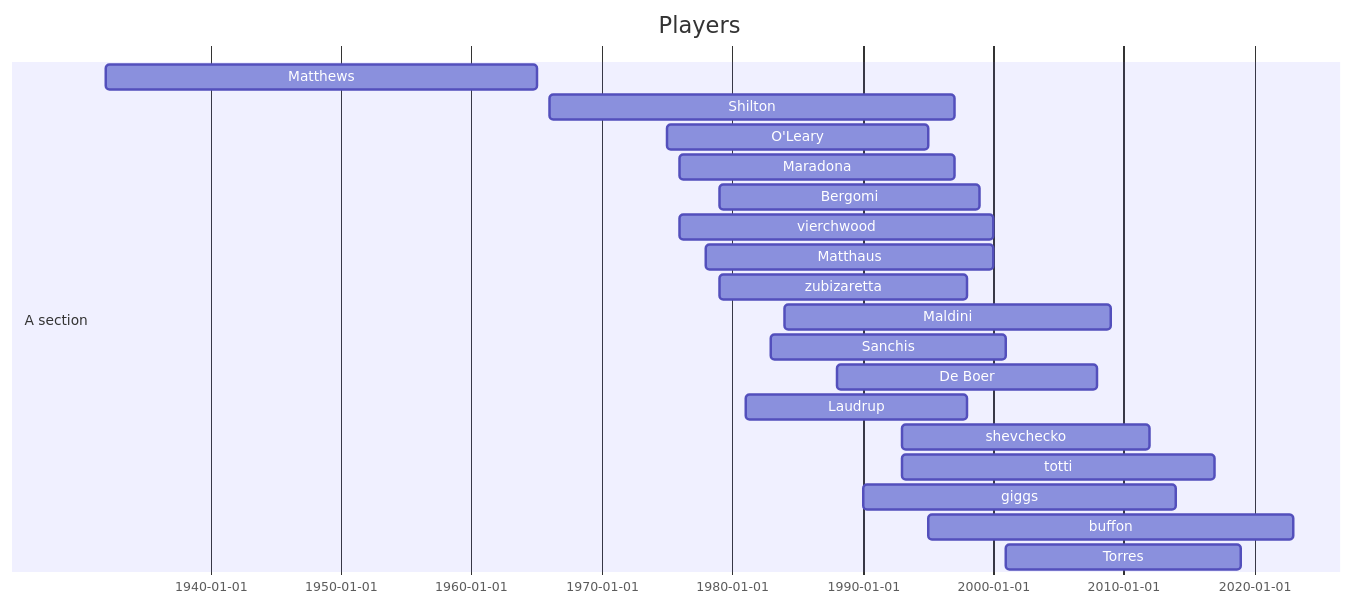
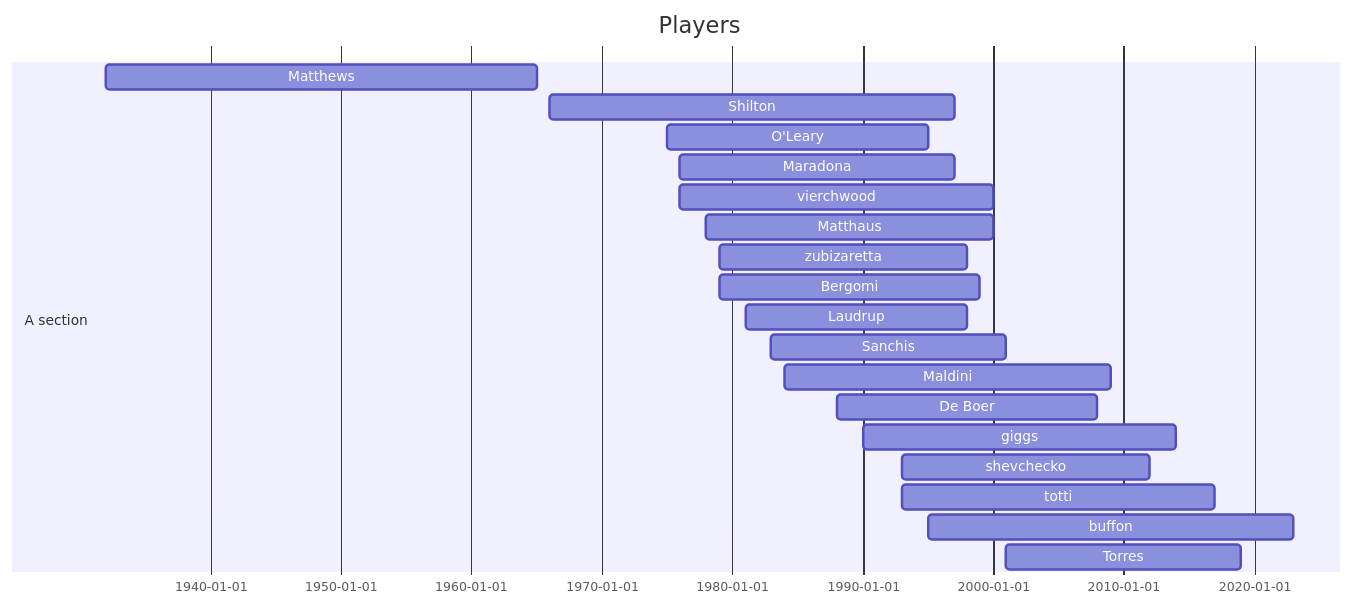
One commit to sarnobat/mermaid changed the first of 6 diagrams in README.md. Above: the diagram before and after it, drawn with Mermaid.

````diff
--- a/README.md
+++ b/README.md
@@ -7,24 +7,24 @@
 ```mermaid
 gantt
 dateFormat  YYYY
 title Players
 
 section A section
 Matthews      : 1932,1965
 Shilton    : 1966,1997
 O'Leary  : 1975,1995
 Maradona    : 1976,1997
-Bergomi :1979,1999
 vierchwood    : 1976,2000
 Matthaus  : 1978,2000
 zubizaretta    : 1979,1998
+Bergomi :  1979,1999
+Laudrup    : 1981,1998
+Sanchis    : 1983,2001
 Maldini    : 1984,2009
-Sanchis    : 1983,2001
 De Boer    : 1988,2008
-Laudrup    : 1981,1998
+giggs    : 1990,2014
 shevchecko    : 1993,2012
 totti    : 1993,2017
-giggs    : 1990,2014
 buffon    : 1995,2023
 Torres    : 2001,2019
 ```
````
